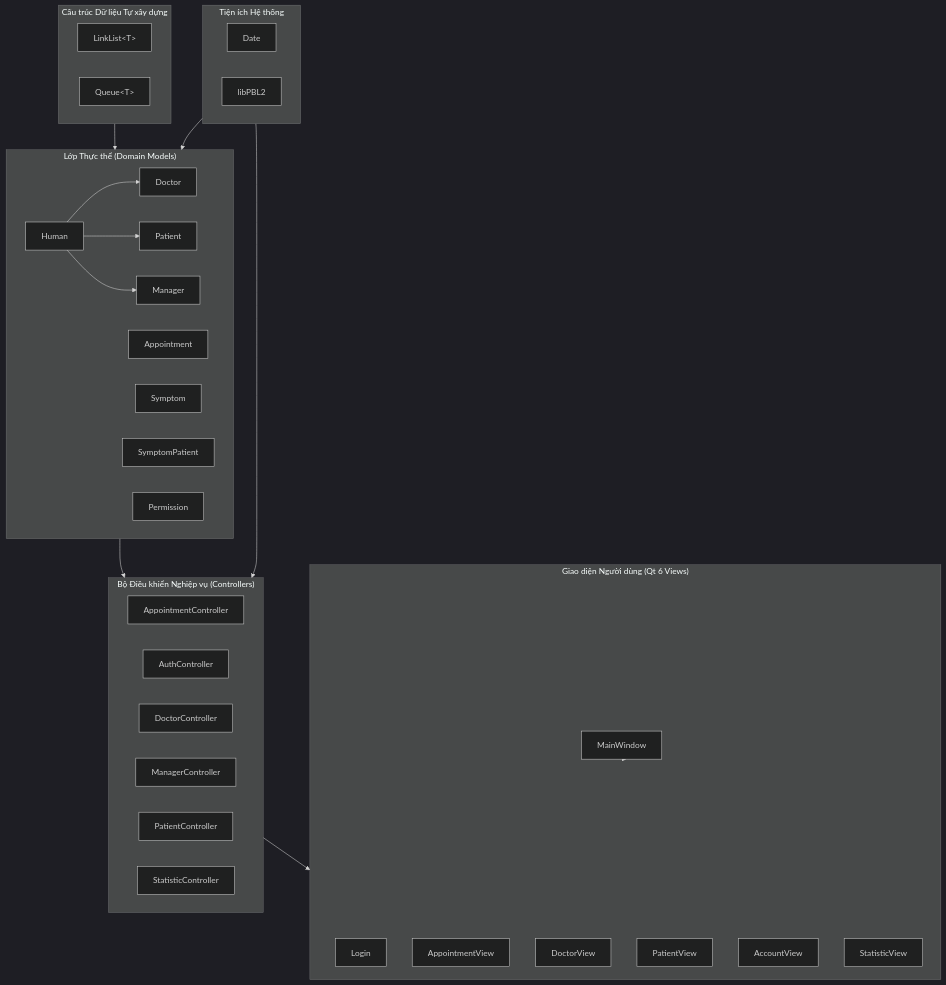
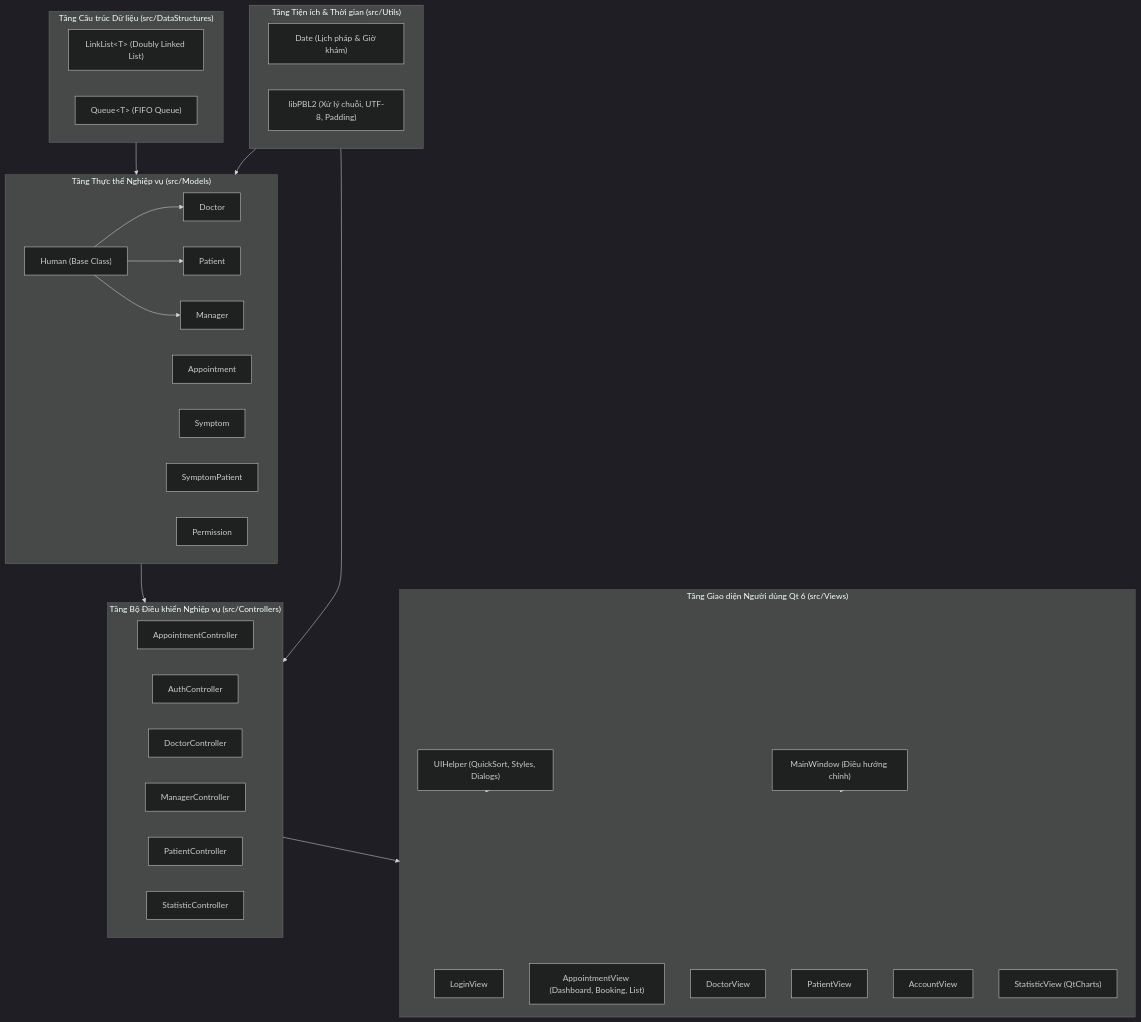
One commit to LeHuuHoang-26/PBL_2 changed the first of 4 diagrams in funtionAlgorithms.md. Above: the diagram before and after it, drawn with Mermaid (dark theme). The commit also changed other lines of this file and 39 other files, not shown here.

````diff
--- a/funtionAlgorithms.md
+++ b/funtionAlgorithms.md
@@ -46,52 +48,54 @@
 ```mermaid
 graph TD
-    subgraph DataStructures["Cấu trúc Dữ liệu Tự xây dựng"]
-        LL["LinkList&lt;T&gt;"]
-        Q["Queue&lt;T&gt;"]
+    subgraph DataStructures["Tầng Cấu trúc Dữ liệu (src/DataStructures)"]
+        LL["LinkList&lt;T&gt; (Doubly Linked List)"]
+        Q["Queue&lt;T&gt; (FIFO Queue)"]
     end
 
-    subgraph Models["Lớp Thực thể (Domain Models)"]
-        H["Human"]
+    subgraph Utils["Tầng Tiện ích & Thời gian (src/Utils)"]
+        DT["Date (Lịch pháp & Giờ khám)"]
+        LP["libPBL2 (Xử lý chuỗi, UTF-8, Padding)"]
+    end
+
+    subgraph Models["Tầng Thực thể Nghiệp vụ (src/Models)"]
+        H["Human (Base Class)"]
         D["Doctor"]
         P["Patient"]
         M["Manager"]
         A["Appointment"]
         S["Symptom"]
         SP["SymptomPatient"]
         PM["Permission"]
     end
 
-    subgraph Controllers["Bộ Điều khiển Nghiệp vụ (Controllers)"]
+    subgraph Controllers["Tầng Bộ Điều khiển Nghiệp vụ (src/Controllers)"]
         AC["AppointmentController"]
         AUC["AuthController"]
         DC["DoctorController"]
         MC["ManagerController"]
         PC["PatientController"]
         SC["StatisticController"]
     end
 
-    subgraph Views["Giao diện Người dùng (Qt 6 Views)"]
-        MW["MainWindow"]
-        LV["Login"]
-        AV["AppointmentView"]
+    subgraph Views["Tầng Giao diện Người dùng Qt 6 (src/Views)"]
+        UH["UIHelper (QuickSort, Styles, Dialogs)"]
+        MW["MainWindow (Điều hướng chính)"]
+        LV["LoginView"]
+        AV["AppointmentView (Dashboard, Booking, List)"]
         DV["DoctorView"]
         PV["PatientView"]
         AcV["AccountView"]
-        SV["StatisticView"]
-    end
-
-    subgraph Utils["Tiện ích Hệ thống"]
-        DT["Date"]
-        LP["libPBL2"]
+        SV["StatisticView (QtCharts)"]
     end
 
     H --> D
     H --> P
     H --> M
     DataStructures --> Models
+    Utils --> Models
     Models --> Controllers
-    Utils --> Models
     Utils --> Controllers
     Controllers --> Views
+    UH --> Views
     MW --> Views
 ```
````
